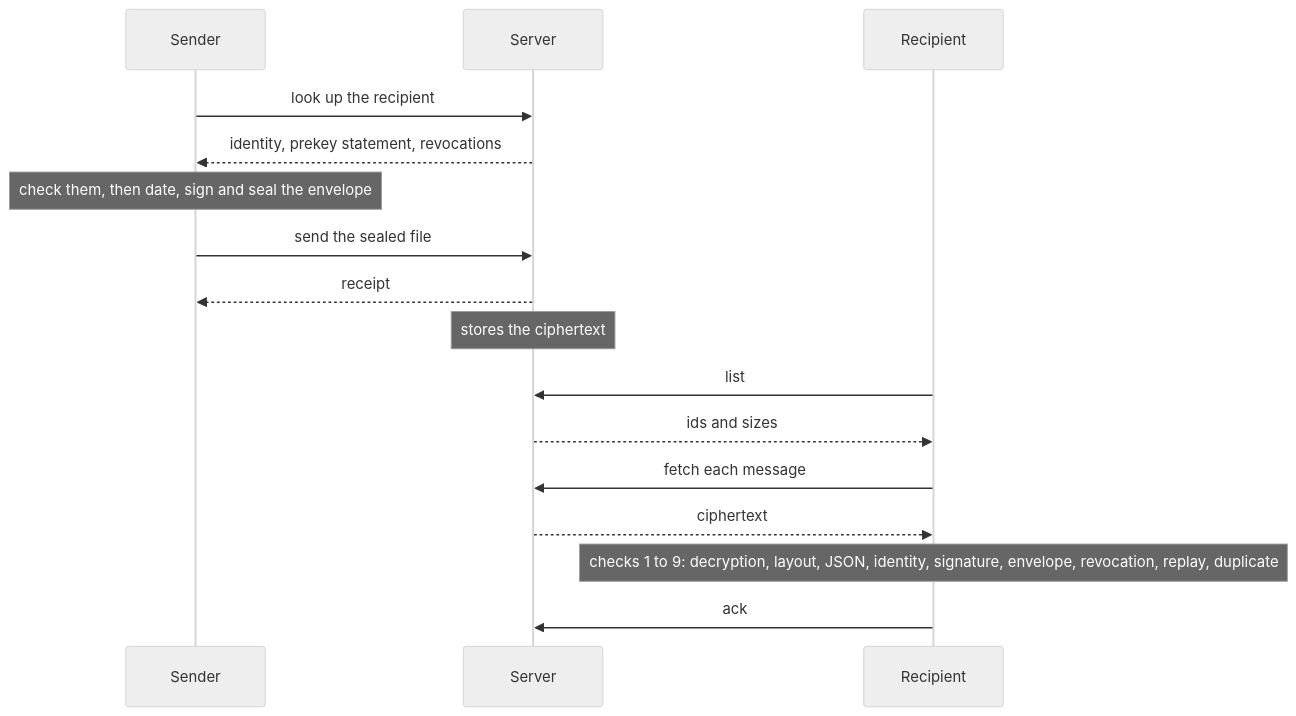
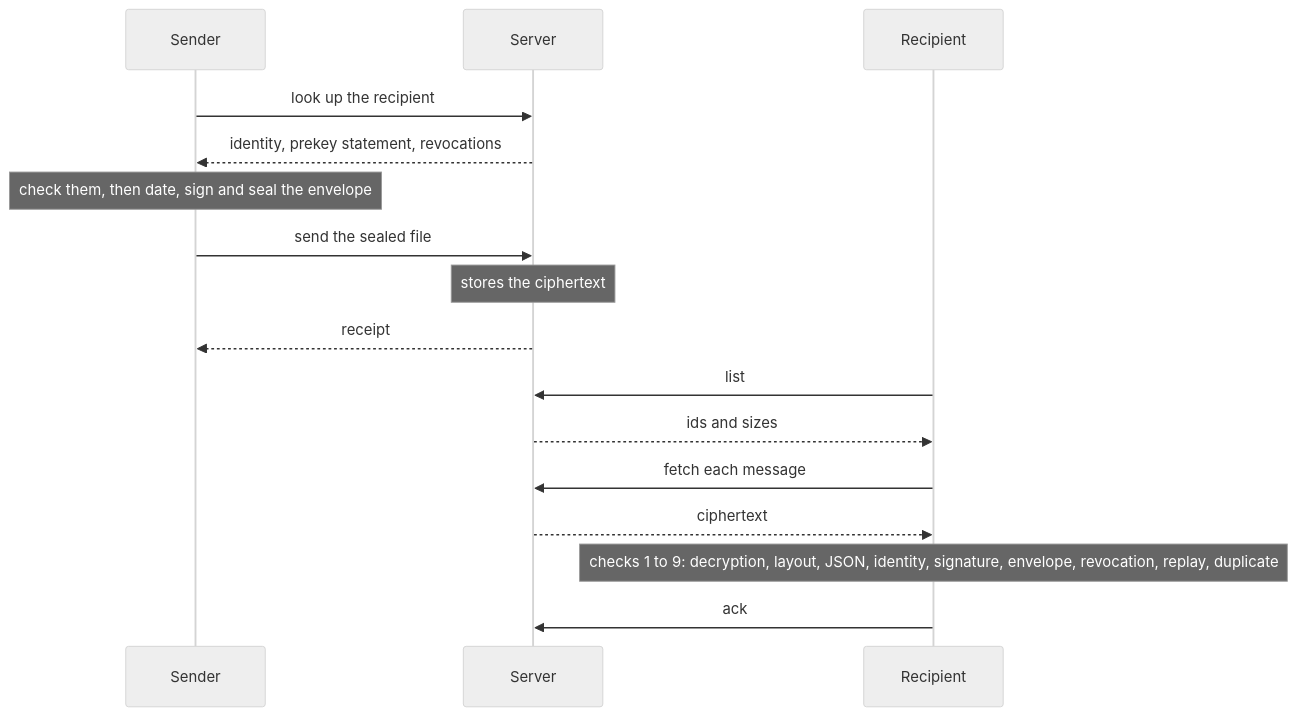
One commit to dromas-dev/dromas-client changed the second of 2 diagrams in PROTOCOL.md. Above: the diagram before and after it, drawn with Mermaid (neutral theme). The commit also changed other lines of this file and 1 other file, not shown here.

````diff
--- a/PROTOCOL.md
+++ b/PROTOCOL.md
@@ -34,18 +34,18 @@
 ```mermaid
 sequenceDiagram
     participant S as Sender
     participant V as Server
     participant R as Recipient
     S->>V: look up the recipient
     V-->>S: identity, prekey statement, revocations
     Note over S: check them, then date, sign and seal the envelope
     S->>V: send the sealed file
+    Note over V: stores the ciphertext
     V-->>S: receipt
-    Note over V: stores the ciphertext
     R->>V: list
     V-->>R: ids and sizes
     R->>V: fetch each message
     V-->>R: ciphertext
     Note over R: checks 1 to 9: decryption, layout, JSON, identity, signature, envelope, revocation, replay, duplicate
     R->>V: ack
 ```
````
